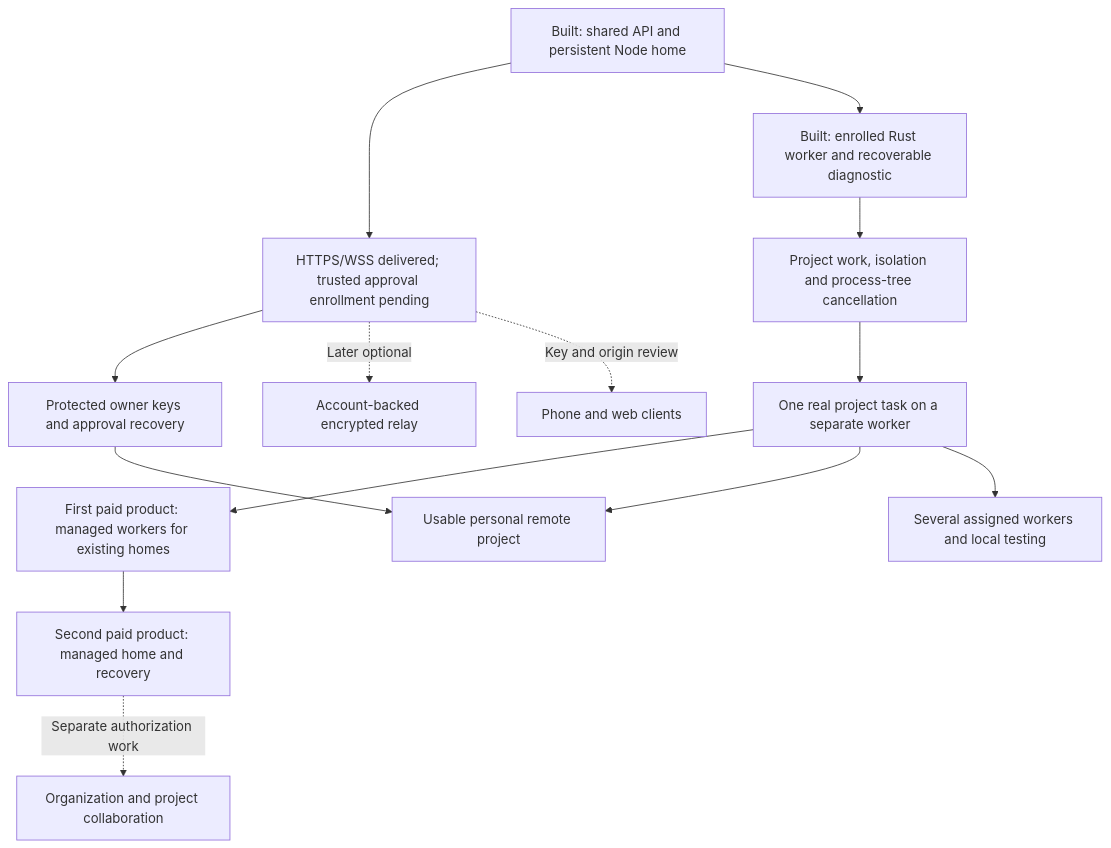
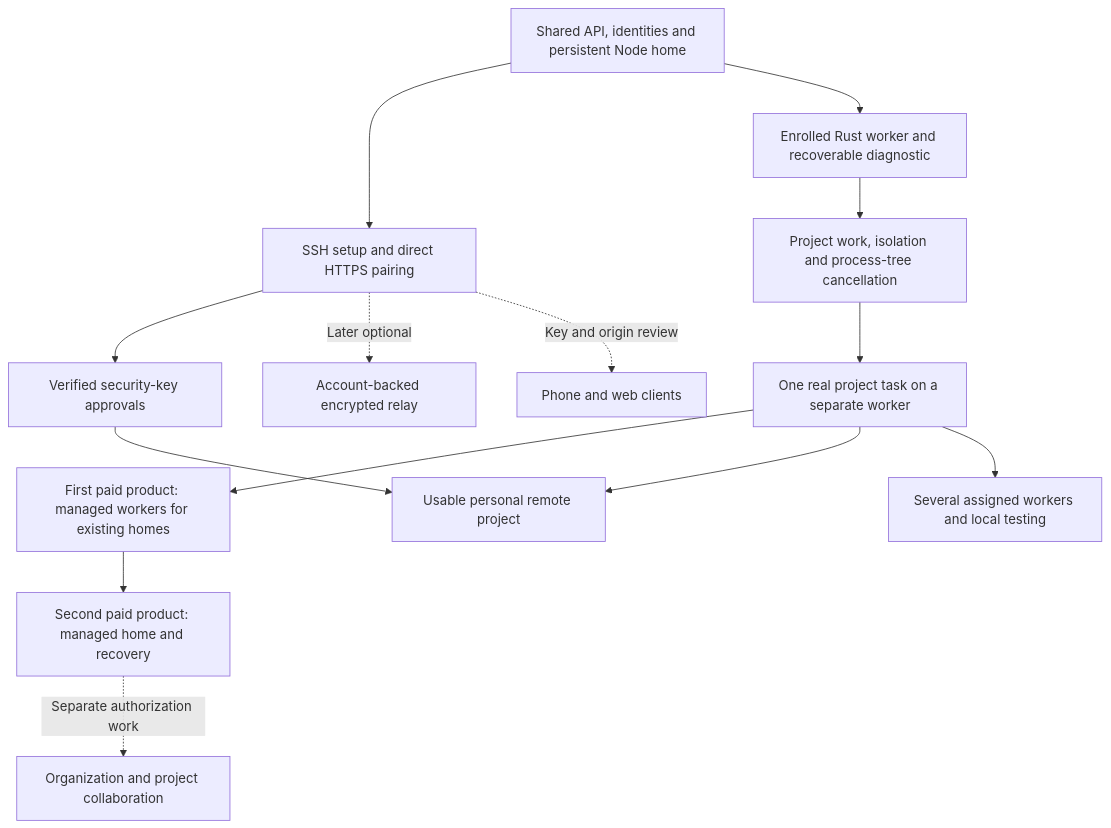
Before and after one commit to AltharIDE/althar: the second of 2 diagrams in docs/decisions/proposed/103-projects-live-locally-or-on-a-host-and-place-work-in-pools.md, drawn with Mermaid. The commit also changed other lines of this file and 33 other files, not shown here.

````diff
--- a/docs/decisions/proposed/103-projects-live-locally-or-on-a-host-and-place-work-in-pools.md
+++ b/docs/decisions/proposed/103-projects-live-locally-or-on-a-host-and-place-work-in-pools.md
@@ -619,17 +631,17 @@
 ```mermaid
 flowchart TD
-    Existing[Built: shared API and persistent Node home]
-    Existing --> Direct[HTTPS/WSS delivered; trusted approval enrollment pending]
-    Existing --> Worker[Built: enrolled Rust worker and recoverable diagnostic]
-    Direct --> Approval[Protected owner keys and approval recovery]
+    Existing[Shared API, identities and persistent Node home]
+    Existing --> Direct[SSH setup and direct HTTPS pairing]
+    Existing --> Worker[Enrolled Rust worker and recoverable diagnostic]
+    Direct --> Approval[Verified security-key approvals]
     Worker --> Commands[Project work, isolation and process-tree cancellation]
     Commands --> Proof[One real project task on a separate worker]
     Proof --> Cloud[First paid product: managed workers for existing homes]
     Cloud --> Hosted[Second paid product: managed home and recovery]
     Approval --> Personal[Usable personal remote project]
     Proof --> Personal
     Proof --> Pools[Several assigned workers and local testing]
     Direct -. Later optional .-> Relay[Account-backed encrypted relay]
     Direct -. Key and origin review .-> Clients[Phone and web clients]
     Hosted -. Separate authorization work .-> Multiplayer[Organization and project collaboration]
 ```
````
